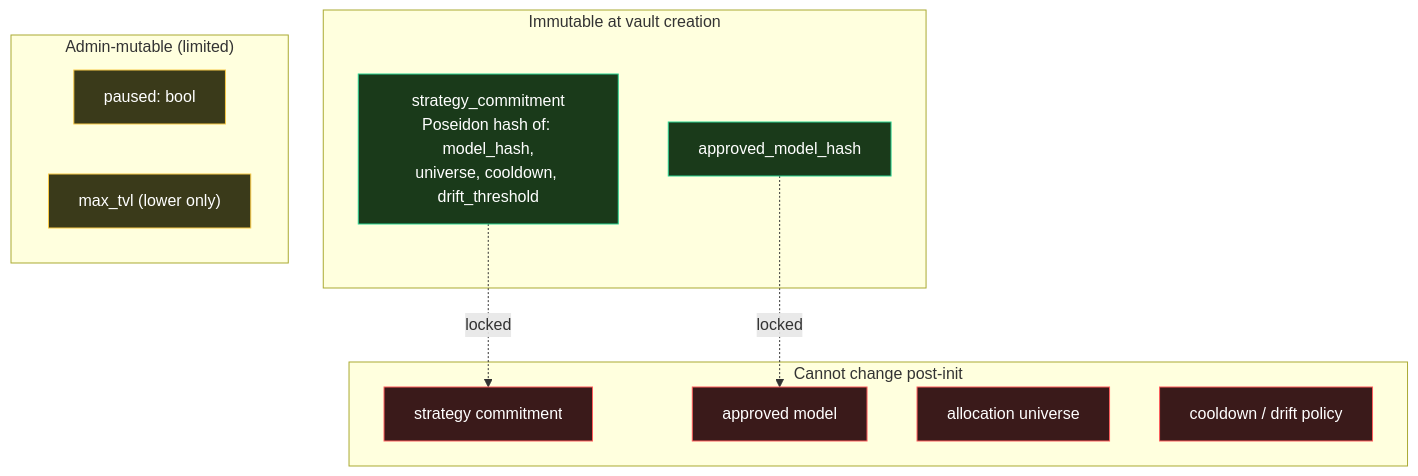
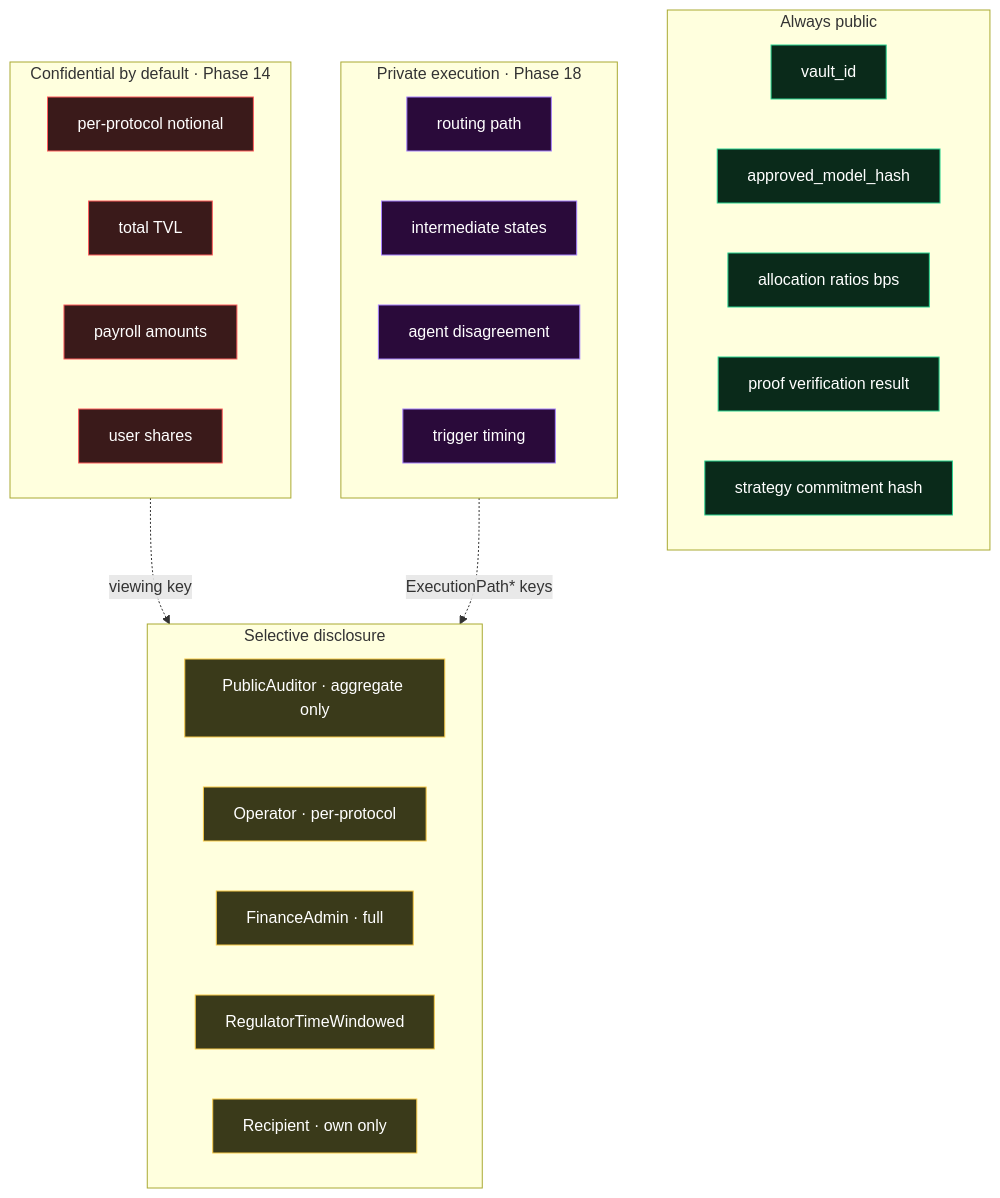
One commit to Sushant6095/Atlas-protocol-colosseum-solana changed the sixth of 7 diagrams in README.md. Above: the diagram before and after it, drawn with Mermaid. The commit also changed other lines of this file, not shown here.

First line of the commit message:
docs(readme): institutional Treasury OS positioning + 24-phase architecture

````diff
--- a/README.md
+++ b/README.md
@@ -217,29 +352,44 @@
 ```mermaid
 graph TB
-    subgraph IMM["Immutable at vault creation"]
-        SC["strategy_commitment<br/>Poseidon hash of: model_hash,<br/>universe, cooldown, drift_threshold"]
-        AM["approved_model_hash"]
+    subgraph PUB["Always public"]
+        P1[vault_id]
+        P2[approved_model_hash]
+        P3[allocation ratios bps]
+        P4[proof verification result]
+        P5[strategy commitment hash]
     end
 
-    subgraph MUT["Admin-mutable (limited)"]
-        PA["paused: bool"]
-        TV["max_tvl (lower only)"]
+    subgraph CONF["Confidential by default · Phase 14"]
+        C1[per-protocol notional]
+        C2[total TVL]
+        C3[payroll amounts]
+        C4[user shares]
     end
 
-    subgraph FORBID["Cannot change post-init"]
-        F1["strategy commitment"]
-        F2["approved model"]
-        F3["allocation universe"]
-        F4["cooldown / drift policy"]
+    subgraph PRIV["Private execution · Phase 18"]
+        E1[routing path]
+        E2[intermediate states]
+        E3[agent disagreement]
+        E4[trigger timing]
     end
 
-    SC -.->|"locked"| F1
-    AM -.->|"locked"| F2
+    subgraph DISCLOSE["Selective disclosure"]
+        D1[PublicAuditor · aggregate only]
+        D2[Operator · per-protocol]
+        D3[FinanceAdmin · full]
+        D4[RegulatorTimeWindowed]
+        D5[Recipient · own only]
+    end
 
-    classDef immutable fill:#1a3a1a,stroke:#29d391,color:#fff
-    classDef mutable fill:#3a3a1a,stroke:#f7c948,color:#fff
-    classDef forbid fill:#3a1a1a,stroke:#ff5c5c,color:#fff
-    class SC,AM immutable
-    class PA,TV mutable
-    class F1,F2,F3,F4 forbid
+    CONF -.->|viewing key| DISCLOSE
+    PRIV -.->|ExecutionPath* keys| DISCLOSE
+
+    classDef pub fill:#0a2a1a,stroke:#29d391,color:#fff
+    classDef conf fill:#3a1a1a,stroke:#ff5c5c,color:#fff
+    classDef priv fill:#2a0a3a,stroke:#a682ff,color:#fff
+    classDef disc fill:#3a3a1a,stroke:#f7c948,color:#fff
+    class P1,P2,P3,P4,P5 pub
+    class C1,C2,C3,C4 conf
+    class E1,E2,E3,E4 priv
+    class D1,D2,D3,D4,D5 disc
 ```
````
